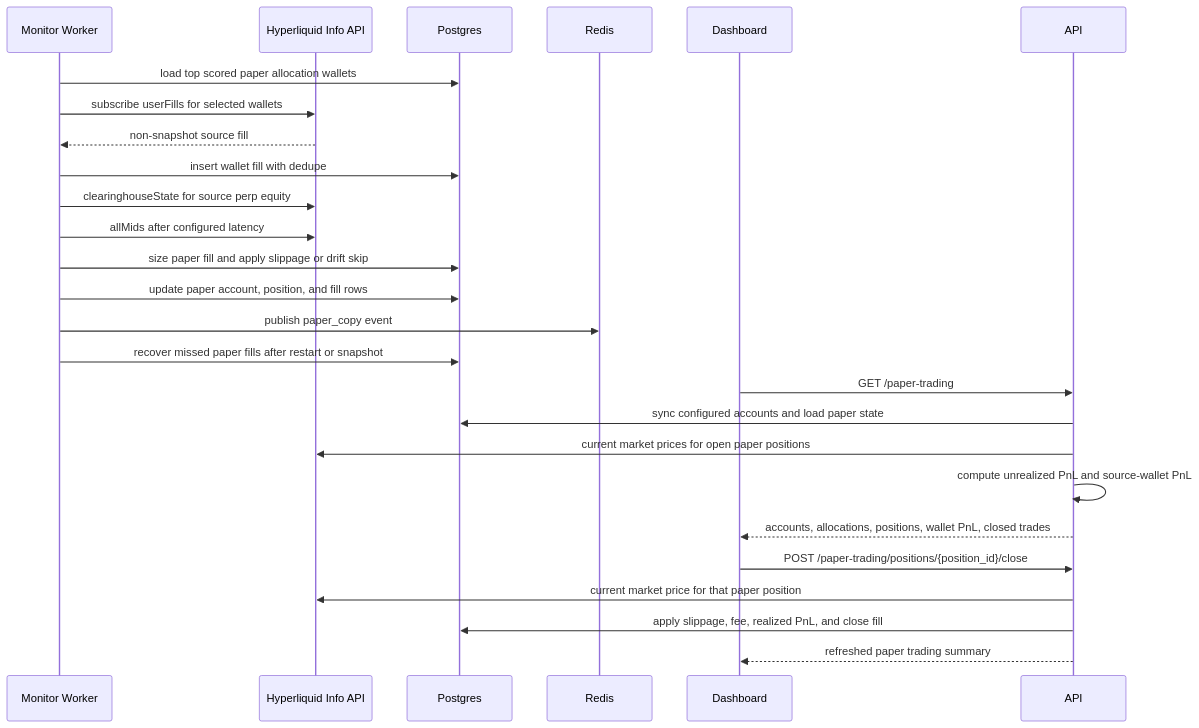
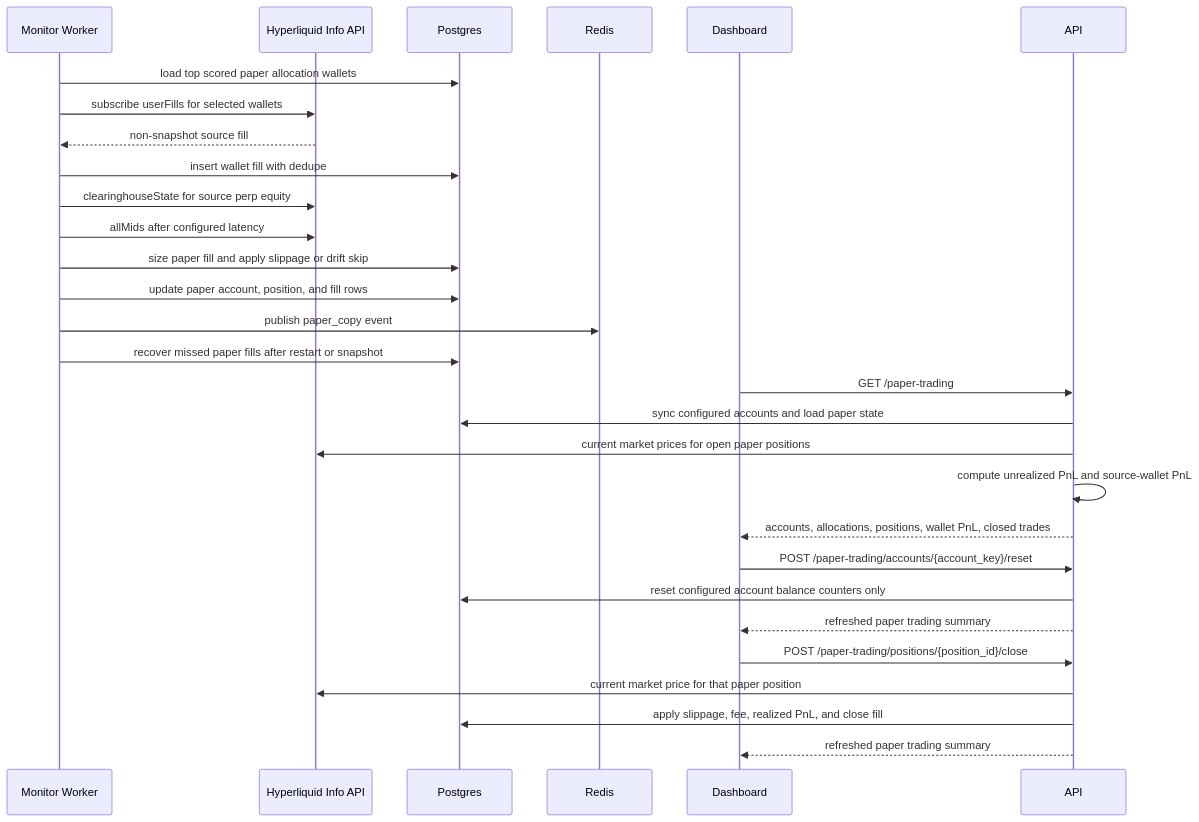
The ninth of 9 diagrams in docs/architecture.md (DrottPoker/copytrading-agent), drawn with Mermaid before and after one commit. The commit also changed other lines of this file and 5 other files, not shown here.

````diff
--- a/docs/architecture.md
+++ b/docs/architecture.md
@@ -441,28 +441,31 @@
 ```mermaid
 sequenceDiagram
   participant Worker as Monitor Worker
   participant HL as Hyperliquid Info API
   participant DB as Postgres
   participant Redis as Redis
   participant UI as Dashboard
 
   Worker->>DB: load top scored paper allocation wallets
   Worker->>HL: subscribe userFills for selected wallets
   HL-->>Worker: non-snapshot source fill
   Worker->>DB: insert wallet fill with dedupe
   Worker->>HL: clearinghouseState for source perp equity
   Worker->>HL: allMids after configured latency
   Worker->>DB: size paper fill and apply slippage or drift skip
   Worker->>DB: update paper account, position, and fill rows
   Worker->>Redis: publish paper_copy event
   Worker->>DB: recover missed paper fills after restart or snapshot
   UI->>API: GET /paper-trading
   API->>DB: sync configured accounts and load paper state
   API->>HL: current market prices for open paper positions
   API->>API: compute unrealized PnL and source-wallet PnL
   API-->>UI: accounts, allocations, positions, wallet PnL, closed trades
+  UI->>API: POST /paper-trading/accounts/{account_key}/reset
+  API->>DB: reset configured account balance counters only
+  API-->>UI: refreshed paper trading summary
   UI->>API: POST /paper-trading/positions/{position_id}/close
   API->>HL: current market price for that paper position
   API->>DB: apply slippage, fee, realized PnL, and close fill
   API-->>UI: refreshed paper trading summary
 ```
````
